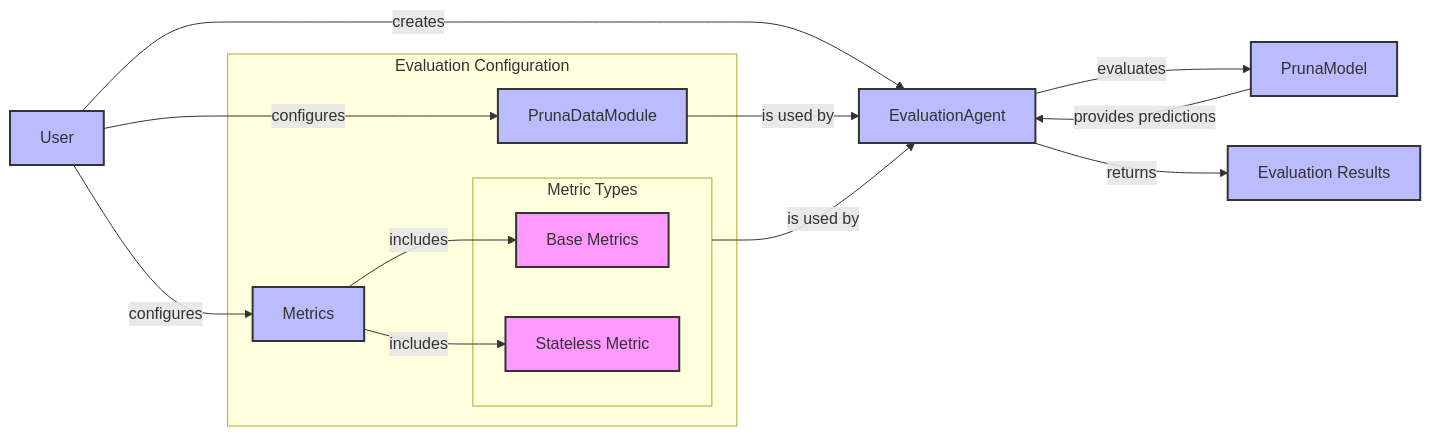
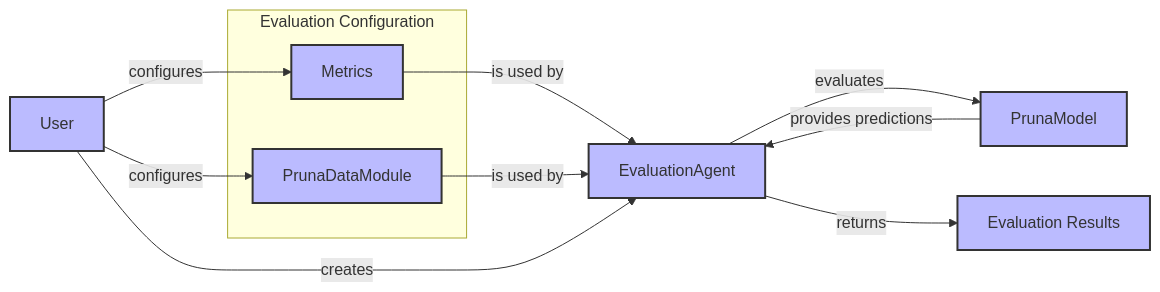
The diagram in docs/user_manual/evaluate.rst (PrunaAI/pruna), drawn with Mermaid before and after one commit.

```diff
--- a/docs/user_manual/evaluate.rst
+++ b/docs/user_manual/evaluate.rst
@@ -16,36 +16,24 @@
 .. mermaid::
    :align: center
-
    graph LR
-    User -->|creates| EvaluationAgent
     User -->|configures| Metrics
     User -->|configures| PrunaDataModule
-    Metrics -->|includes| B["Base Metrics"]
-    Metrics -->|includes| C["Stateless Metric"]
     PrunaModel -->|provides predictions| EvaluationAgent
     EvaluationAgent -->|evaluates| PrunaModel
     EvaluationAgent -->|returns| D["Evaluation Results"]
 
     subgraph E["Evaluation Configuration"]
         PrunaDataModule
         Metrics
-        A
     end
 
-
-    subgraph A["Metric Types"]
-        B
-        C
-    end
-
+    Metrics-->|is used by| EvaluationAgent
     PrunaDataModule -->|is used by| EvaluationAgent
-    A -->|is used by| EvaluationAgent
+    User -->|creates| EvaluationAgent
 
     style User fill:#bbf,stroke:#333,stroke-width:2px
     style EvaluationAgent fill:#bbf,stroke:#333,stroke-width:2px
     style PrunaDataModule fill:#bbf,stroke:#333,stroke-width:2px
     style PrunaModel fill:#bbf,stroke:#333,stroke-width:2px
     style D fill:#bbf,stroke:#333,stroke-width:2px
     style Metrics fill:#bbf,stroke:#333,stroke-width:2px
-    style B fill:#f9f,stroke:#333,stroke-width:2px
-    style C fill:#f9f,stroke:#333,stroke-width:2px
```
